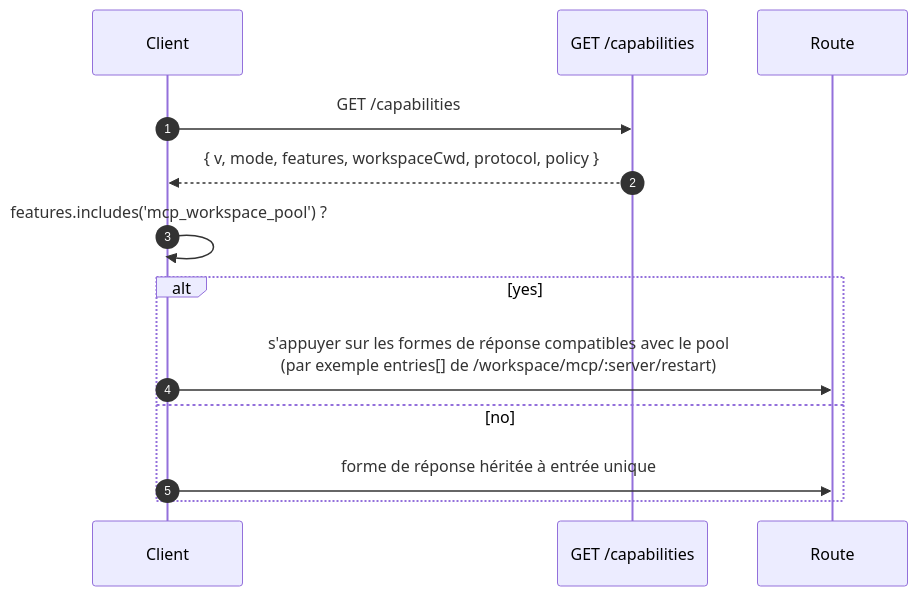
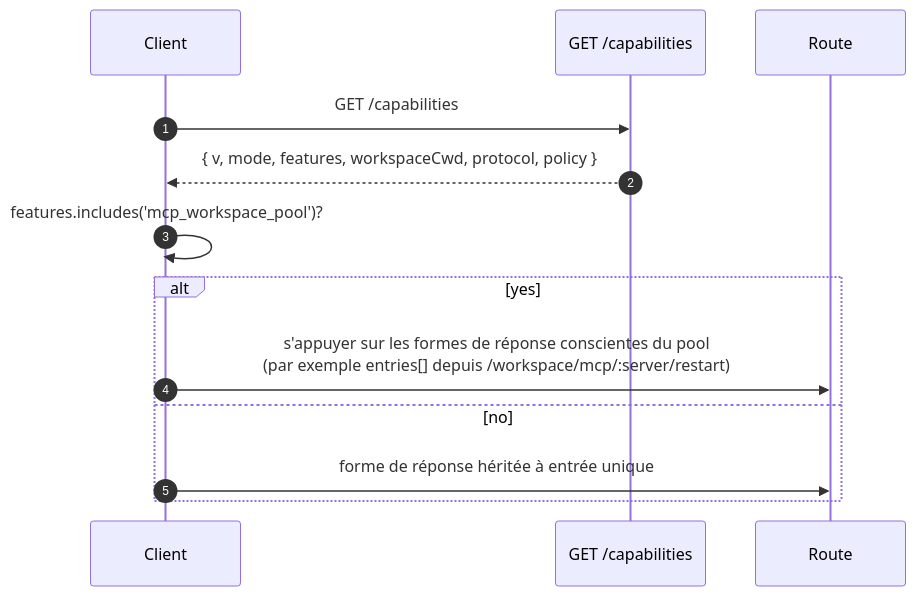
Before and after one commit to QwenLM/qwen-code-docs: the second of 2 diagrams in website/content/fr/developers/daemon/11-capabilities-versioning.md, drawn with Mermaid. The commit also changed other lines of this file and 128 other files, not shown here.

````diff
--- a/website/content/fr/developers/daemon/11-capabilities-versioning.md
+++ b/website/content/fr/developers/daemon/11-capabilities-versioning.md
@@ -142,16 +142,16 @@
 ```mermaid
 sequenceDiagram
     autonumber
     participant C as Client
     participant D as GET /capabilities
     participant R as Route
 
     C->>D: GET /capabilities
     D-->>C: { v, mode, features, workspaceCwd, protocol, policy }
-    C->>C: features.includes('mcp_workspace_pool') ?
+    C->>C: features.includes('mcp_workspace_pool')?
     alt yes
-        C->>R: s'appuyer sur les formes de réponse compatibles avec le pool<br/>(par exemple entries[] de /workspace/mcp/:server/restart)
+        C->>R: s'appuyer sur les formes de réponse conscientes du pool<br/>(par exemple entries[] depuis /workspace/mcp/:server/restart)
     else no
         C->>R: forme de réponse héritée à entrée unique
     end
 ```
````
